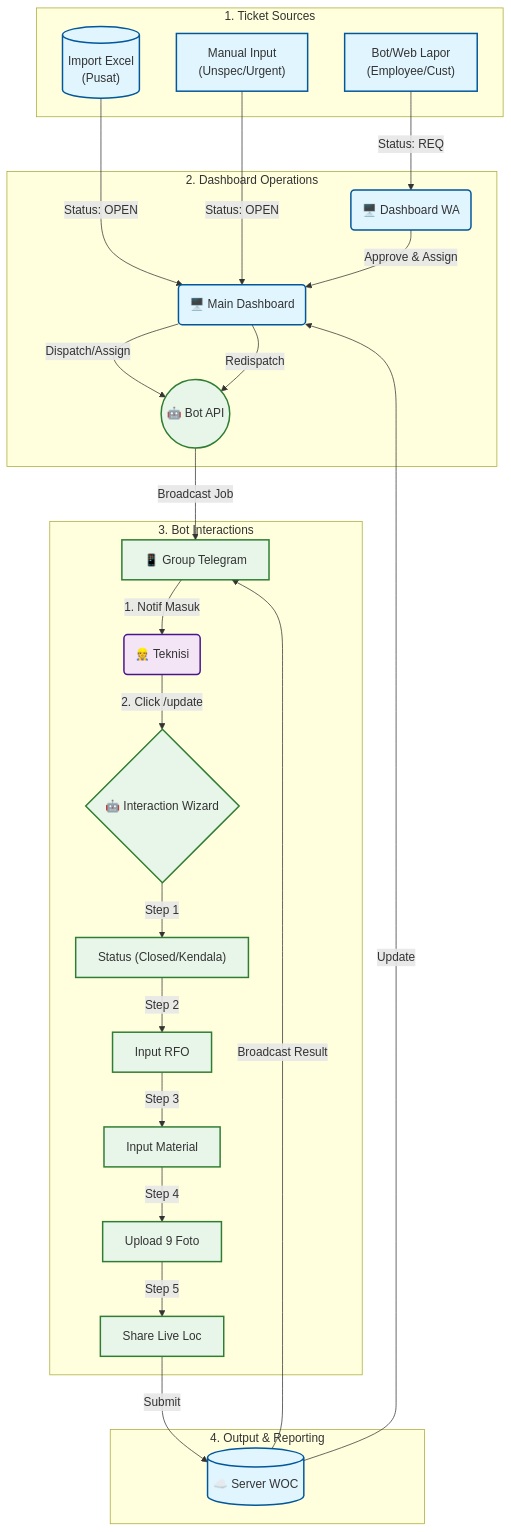
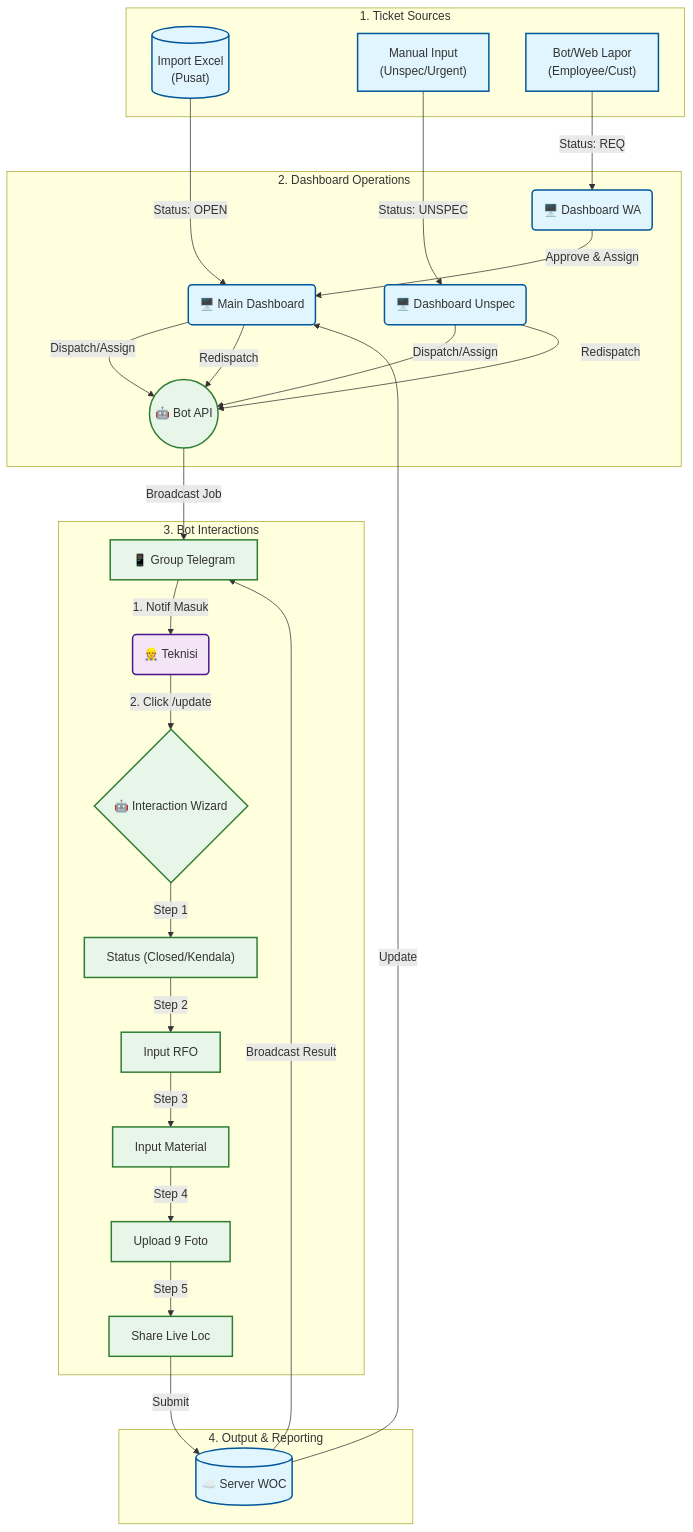
One commit to Just0rdinaryGuy/unspec-dash changed the diagram in WOC_MASTER_DOCUMENT.md. Above: the diagram before and after it, drawn with Mermaid.

Commit message:
docs: Add Dashboard Unspec to Mermaid Diagram

````diff
--- a/WOC_MASTER_DOCUMENT.md
+++ b/WOC_MASTER_DOCUMENT.md
@@ -34,46 +34,47 @@
 ```mermaid
 graph TD
     %% Styling
     classDef dash fill:#e1f5fe,stroke:#01579b,stroke-width:2px;
     classDef bot fill:#e8f5e9,stroke:#2e7d32,stroke-width:2px;
     classDef actor fill:#f3e5f5,stroke:#4a148c,stroke-width:2px;
 
     subgraph Sources ["1. Ticket Sources"]
     S1[("Import Excel<br/>(Pusat)")]
     S2["Manual Input<br/>(Unspec/Urgent)"]
     S3["Bot/Web Lapor<br/>(Employee/Cust)"]
     end
     class S1,S2,S3 dash;
 
     subgraph Dash ["2. Dashboard Operations"]
-    S1 & S2 -->|Status: OPEN| D_MAIN("🖥️ Main Dashboard")
+    S1 -->|Status: OPEN| D_MAIN("🖥️ Main Dashboard")
+    S2 -->|Status: UNSPEC| D_UNSPEC("🖥️ Dashboard Unspec")
     S3 -->|Status: REQ| D_WA("🖥️ Dashboard WA")
     
     D_WA -->|Approve & Assign| D_MAIN
-    D_MAIN -->|Dispatch/Assign| BOT_API(("🤖 Bot API"))
-    D_MAIN -->|Redispatch| BOT_API
+    D_MAIN & D_UNSPEC -->|Dispatch/Assign| BOT_API(("🤖 Bot API"))
+    D_MAIN & D_UNSPEC -->|Redispatch| BOT_API
     end
-    class D_MAIN,D_WA dash;
+    class D_MAIN,D_WA,D_UNSPEC dash;
 
     subgraph Bot ["3. Bot Interactions"]
     BOT_API -->|Broadcast Job| TG_GROUP["📱 Group Telegram"]
     
     TG_GROUP -->|1. Notif Masuk| TECH("👷 Teknisi")
     TECH -->|2. Click /update| WIZARD{"🤖 Interaction Wizard"}
     
     WIZARD -->|Step 1| W_STAT["Status (Closed/Kendala)"]
     W_STAT -->|Step 2| W_RFO["Input RFO"]
     W_RFO -->|Step 3| W_MAT["Input Material"]
     W_MAT -->|Step 4| W_FOTO["Upload 9 Foto"]
     W_FOTO -->|Step 5| W_LOC["Share Live Loc"]
     end
     class BOT_API,TG_GROUP,WIZARD,W_STAT,W_RFO,W_MAT,W_FOTO,W_LOC bot;
     class TECH actor;
 
     subgraph Output ["4. Output & Reporting"]
     W_LOC -->|Submit| SERVER[("☁️ Server WOC")]
     SERVER -->|Update| D_MAIN
     SERVER -->|Broadcast Result| TG_GROUP
     end
     class SERVER dash;
 ```
````
